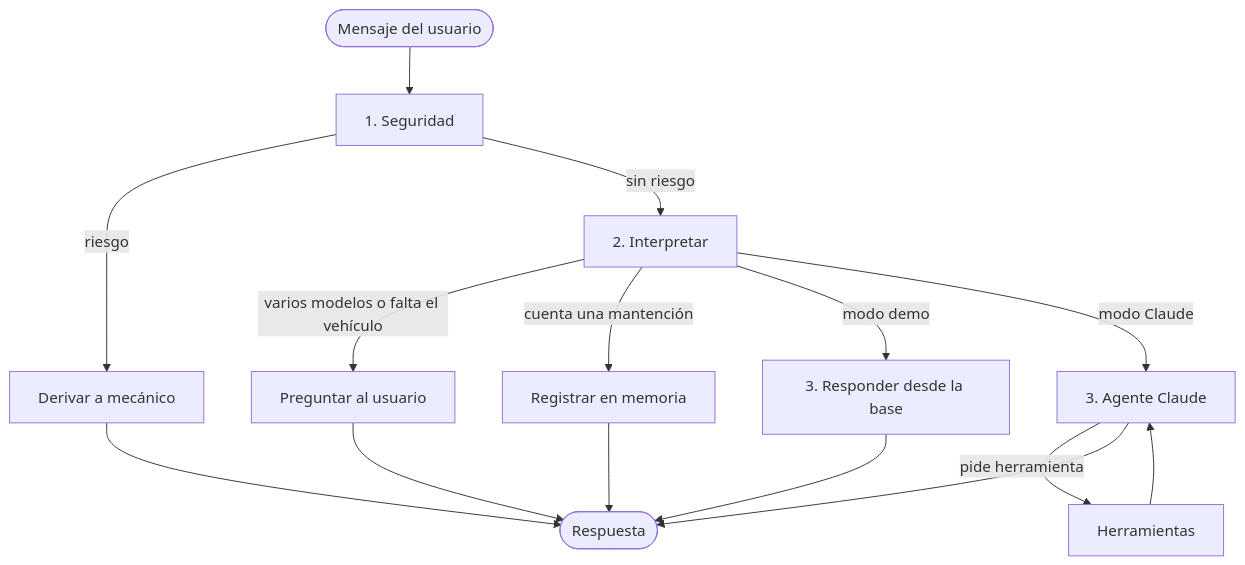
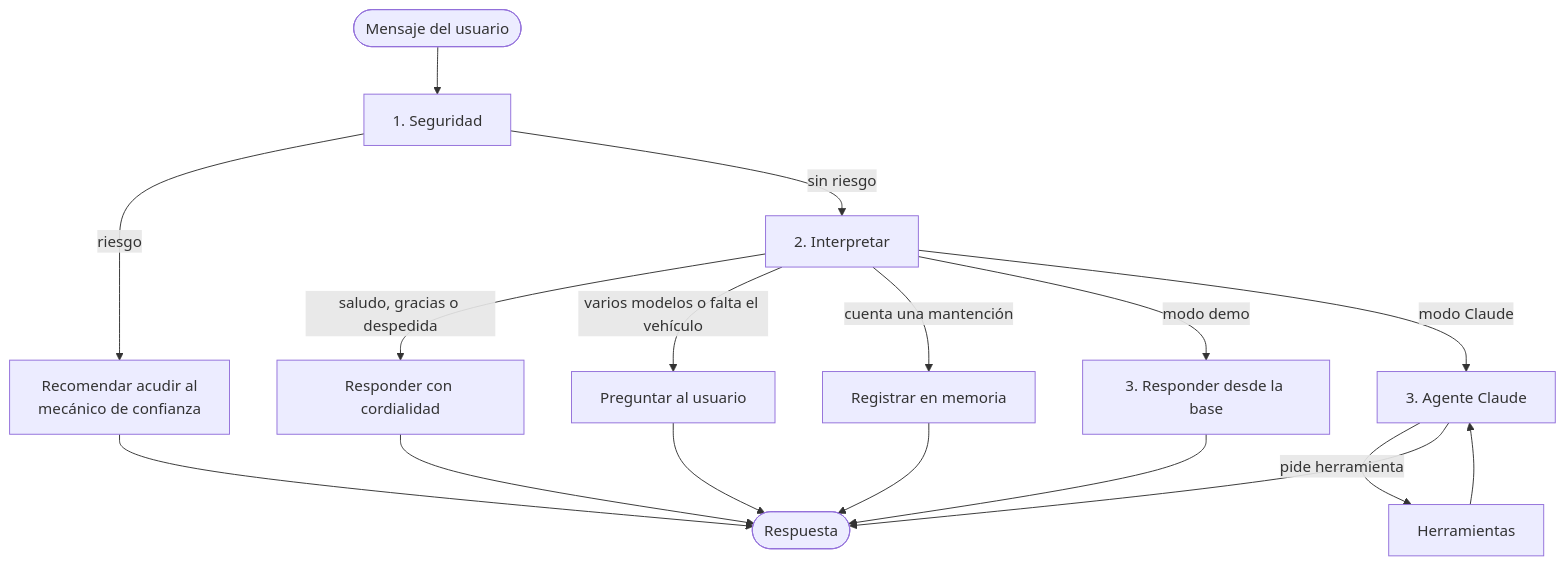
One commit to carlsLN/MecaIA changed the first of 3 diagrams in docs/diseno.md. Above: the diagram before and after it, drawn with Mermaid. The commit also changed other lines of this file and 4 other files, not shown here.

````diff
--- a/docs/diseno.md
+++ b/docs/diseno.md
@@ -15,17 +17,19 @@
 ```mermaid
 graph TD
     inicio([Mensaje del usuario]) --> seguridad[1. Seguridad]
-    seguridad -- riesgo --> derivar[Derivar a mecánico]
+    seguridad -- riesgo --> mecanico[Recomendar acudir al<br/>mecánico de confianza]
     seguridad -- sin riesgo --> interpretar[2. Interpretar]
+    interpretar -- saludo, gracias o despedida --> conversar[Responder con cordialidad]
     interpretar -- varios modelos o falta el vehículo --> aclarar[Preguntar al usuario]
     interpretar -- cuenta una mantención --> registrar[Registrar en memoria]
     interpretar -- modo demo --> responder[3. Responder desde la base]
     interpretar -- modo Claude --> agente[3. Agente Claude]
     agente -- pide herramienta --> herramientas[Herramientas]
     herramientas --> agente
     agente --> fin([Respuesta])
-    derivar --> fin
+    mecanico --> fin
+    conversar --> fin
     aclarar --> fin
     registrar --> fin
     responder --> fin
 ```
````
